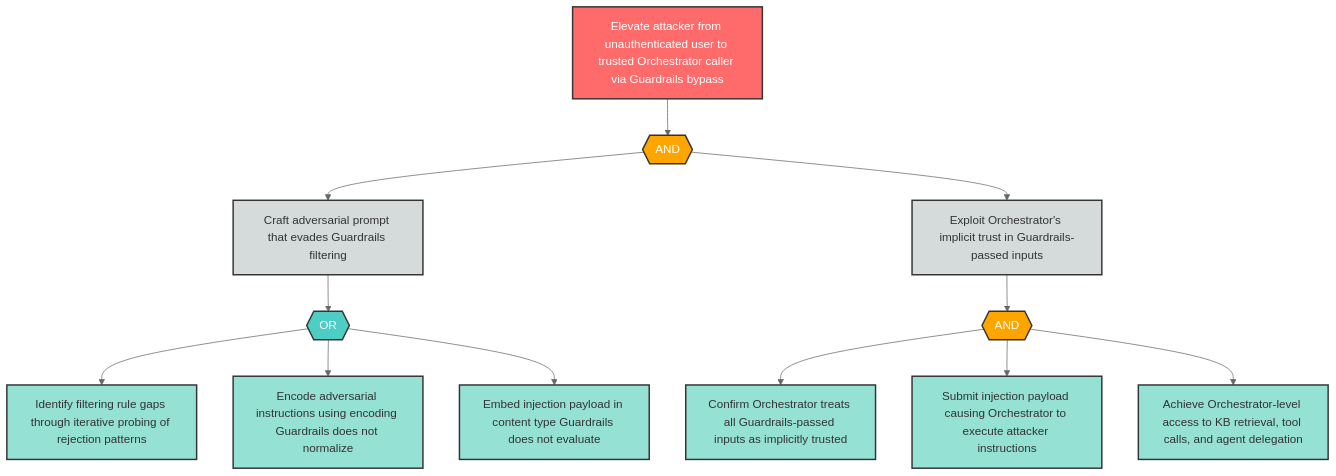
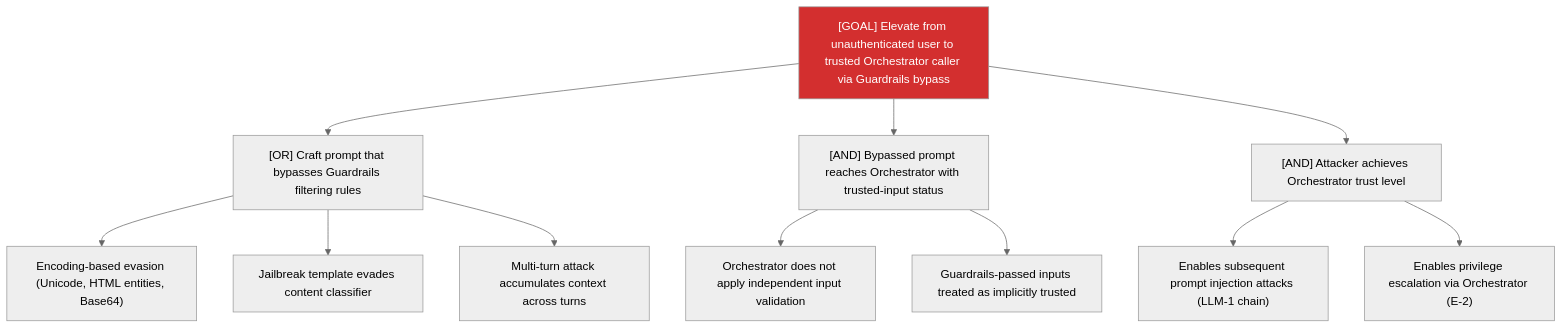
The diagram in examples/agentic-app/sample-report/attack-trees/e-1-attack-tree.md (q-qp-p/davidmatousek-tachi), drawn with Mermaid (neutral theme) before and after one commit. The commit also changed other lines of this file and 132 other files, not shown here.

````diff
--- a/examples/agentic-app/sample-report/attack-trees/e-1-attack-tree.md
+++ b/examples/agentic-app/sample-report/attack-trees/e-1-attack-tree.md
@@ -8,39 +7,16 @@
 ```mermaid
-flowchart TD
-    E1_root["Elevate attacker from unauthenticated user to trusted Orchestrator caller via Guardrails bypass"]
-    E1_and1{{"AND"}}
-    E1_sub1["Craft adversarial prompt that evades Guardrails filtering"]
-    E1_sub2["Exploit Orchestrator's implicit trust in Guardrails-passed inputs"]
-    E1_or1{{"OR"}}
-    E1_leaf1["Identify filtering rule gaps through iterative probing of rejection patterns"]
-    E1_leaf2["Encode adversarial instructions using encoding Guardrails does not normalize"]
-    E1_leaf3["Embed injection payload in content type Guardrails does not evaluate"]
-    E1_and2{{"AND"}}
-    E1_leaf4["Confirm Orchestrator treats all Guardrails-passed inputs as implicitly trusted"]
-    E1_leaf5["Submit injection payload causing Orchestrator to execute attacker instructions"]
-    E1_leaf6["Achieve Orchestrator-level access to KB retrieval, tool calls, and agent delegation"]
-
-    E1_root --> E1_and1
-    E1_and1 --> E1_sub1
-    E1_and1 --> E1_sub2
-    E1_sub1 --> E1_or1
-    E1_or1 --> E1_leaf1
-    E1_or1 --> E1_leaf2
-    E1_or1 --> E1_leaf3
-    E1_sub2 --> E1_and2
-    E1_and2 --> E1_leaf4
-    E1_and2 --> E1_leaf5
-    E1_and2 --> E1_leaf6
-
-    classDef goal fill:#ff6b6b,stroke:#333,stroke-width:2px,color:#fff
-    classDef andGate fill:#ffa500,stroke:#333,stroke-width:2px,color:#fff
-    classDef orGate fill:#4ecdc4,stroke:#333,stroke-width:2px,color:#fff
-    classDef subGoal fill:#d5dbdb,stroke:#333,stroke-width:2px,color:#333
-    classDef leaf fill:#95e1d3,stroke:#333,stroke-width:2px,color:#333
-
-    class E1_root goal
-    class E1_and1,E1_and2 andGate
-    class E1_or1 orGate
-    class E1_sub1,E1_sub2 subGoal
-    class E1_leaf1,E1_leaf2,E1_leaf3,E1_leaf4,E1_leaf5,E1_leaf6 leaf
+graph TD
+    Goal["[GOAL] Elevate from unauthenticated user to trusted Orchestrator caller via Guardrails bypass"]
+    Goal --> A["[OR] Craft prompt that bypasses Guardrails filtering rules"]
+    A --> A1["Encoding-based evasion (Unicode, HTML entities, Base64)"]
+    A --> A2["Jailbreak template evades content classifier"]
+    A --> A3["Multi-turn attack accumulates context across turns"]
+    Goal --> B["[AND] Bypassed prompt reaches Orchestrator with trusted-input status"]
+    B --> B1["Orchestrator does not apply independent input validation"]
+    B --> B2["Guardrails-passed inputs treated as implicitly trusted"]
+    Goal --> C["[AND] Attacker achieves Orchestrator trust level"]
+    C --> C1["Enables subsequent prompt injection attacks (LLM-1 chain)"]
+    C --> C2["Enables privilege escalation via Orchestrator (E-2)"]
+    classDef critical fill:#d32f2f,color:#fff
+    class Goal critical
 ```
````
